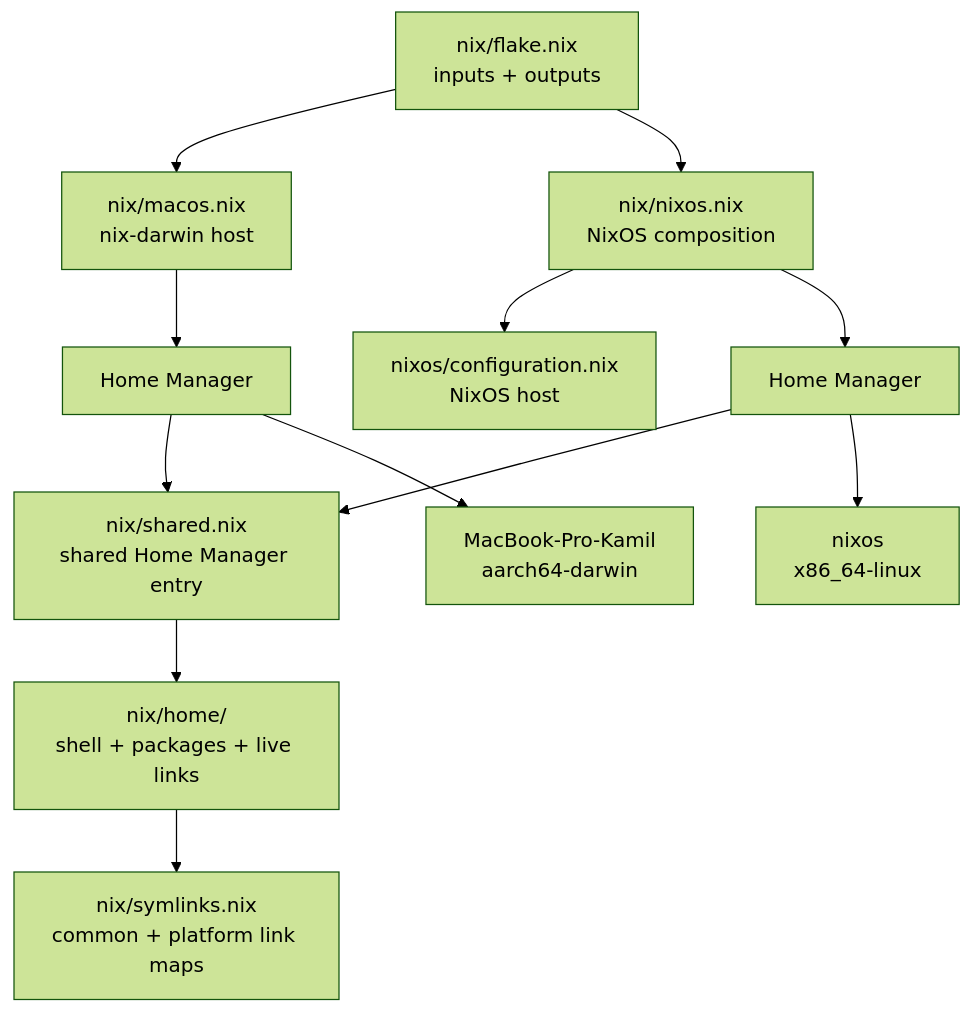
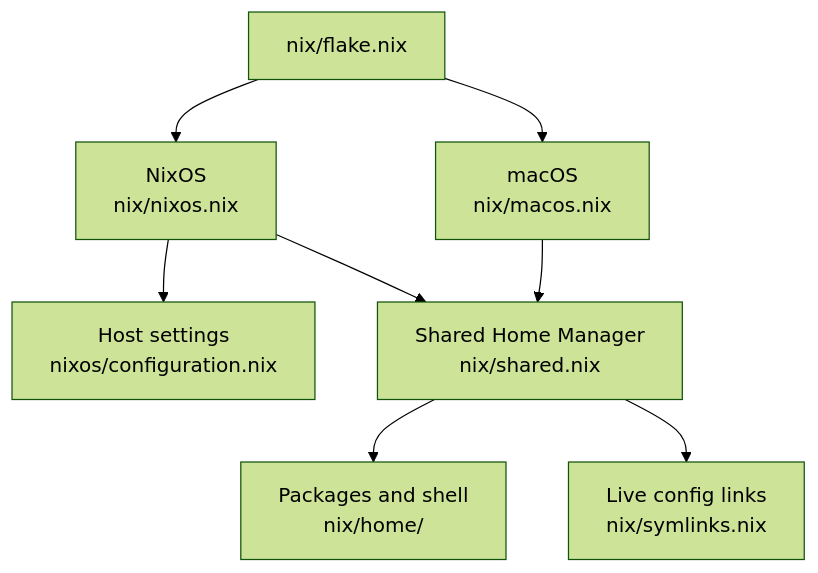
The first of 2 diagrams in README.md (Kamyil/.dotfiles), drawn with Mermaid (forest theme) before and after one commit. The commit also changed other lines of this file, not shown here.

````diff
--- a/README.md
+++ b/README.md
@@ -23,14 +23,11 @@
 ```mermaid
 flowchart TD
-    F["nix/flake.nix<br/>inputs + outputs"] --> D["nix/macos.nix<br/>nix-darwin host"]
-    F --> L["nix/nixos.nix<br/>NixOS composition"]
-    L --> NH["nixos/configuration.nix<br/>NixOS host"]
-    D --> HM1["Home Manager"]
-    L --> HM2["Home Manager"]
-    HM1 --> S["nix/shared.nix<br/>shared Home Manager entry"]
-    HM2 --> S
-    S --> M["nix/home/<br/>shell + packages + live links"]
-    M --> SYM["nix/symlinks.nix<br/>common + platform link maps"]
-    HM1 --> MAC["MacBook-Pro-Kamil<br/>aarch64-darwin"]
-    HM2 --> NIX["nixos<br/>x86_64-linux"]
+    F["nix/flake.nix"]
+    F --> M["macOS<br/>nix/macos.nix"]
+    F --> N["NixOS<br/>nix/nixos.nix"]
+    N --> H["Host settings<br/>nixos/configuration.nix"]
+    M --> S["Shared Home Manager<br/>nix/shared.nix"]
+    N --> S
+    S --> P["Packages and shell<br/>nix/home/"]
+    S --> L["Live config links<br/>nix/symlinks.nix"]
 ```
````
